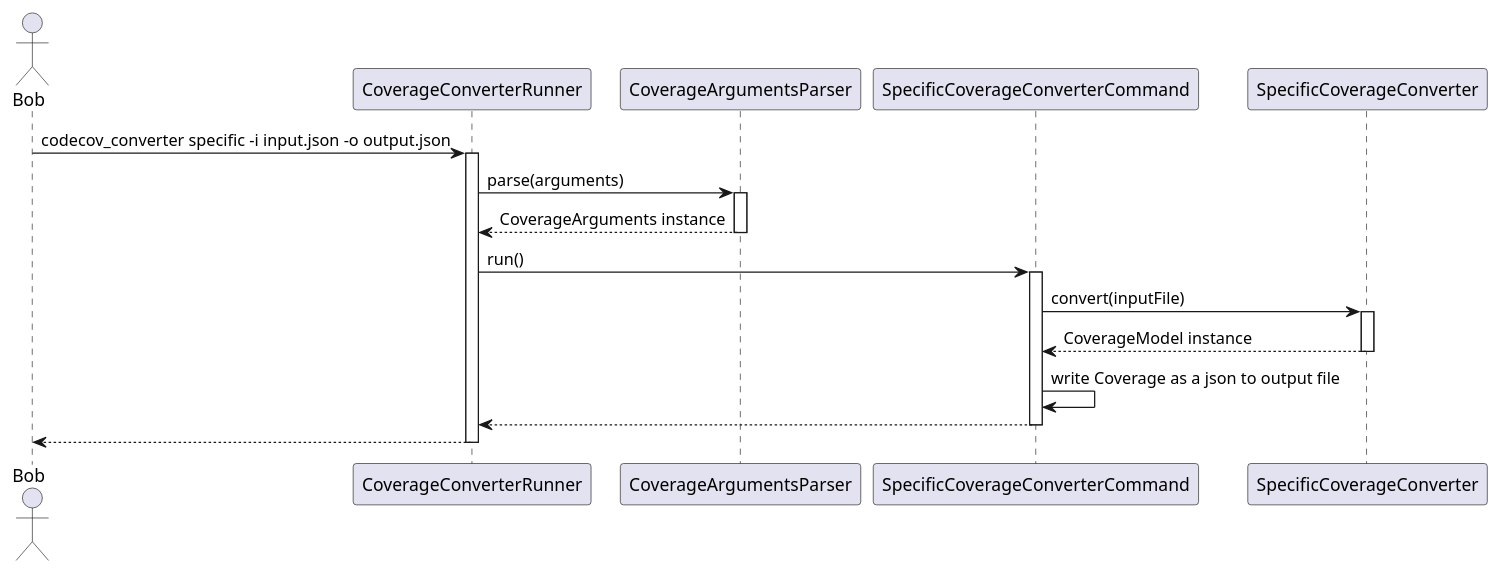
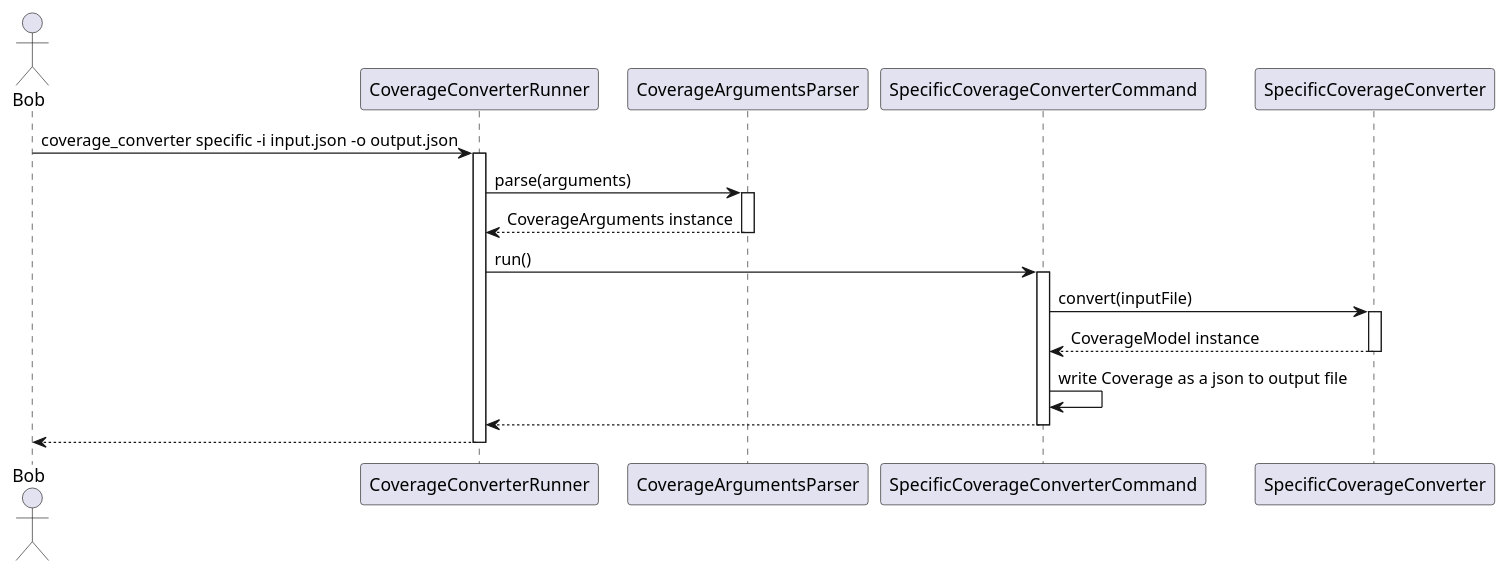
One commit to Flank/flank-dashboard changed the diagram in metrics/coverage_converter/docs/diagrams/coverage_sequence_diagram.puml. Above: the diagram before and after it, drawn with PlantUML. The commit also changed 1 other file, not shown here.

```diff
--- a/metrics/coverage_converter/docs/diagrams/coverage_sequence_diagram.puml
+++ b/metrics/coverage_converter/docs/diagrams/coverage_sequence_diagram.puml
@@ -1,28 +1,28 @@
 @startuml coverage_sequence_diagram
 
 
 actor Bob
 
 
 participant CoverageConverterRunner
 participant CoverageArgumentsParser
 participant SpecificCoverageConverterCommand
 participant SpecificCoverageConverter
 
 
-Bob -> CoverageConverterRunner : codecov_converter specific -i input.json -o output.json
+Bob -> CoverageConverterRunner : coverage_converter specific -i input.json -o output.json
 
 activate CoverageConverterRunner
 CoverageConverterRunner -> CoverageArgumentsParser : parse(arguments)
 activate CoverageArgumentsParser
 return CoverageArguments instance
 CoverageConverterRunner -> SpecificCoverageConverterCommand : run()
 activate SpecificCoverageConverterCommand
 SpecificCoverageConverterCommand -> SpecificCoverageConverter : convert(inputFile)
 activate SpecificCoverageConverter
 return CoverageModel instance
 SpecificCoverageConverterCommand -> SpecificCoverageConverterCommand : write Coverage as a json to output file
 return 
 return
 
 @enduml
```
